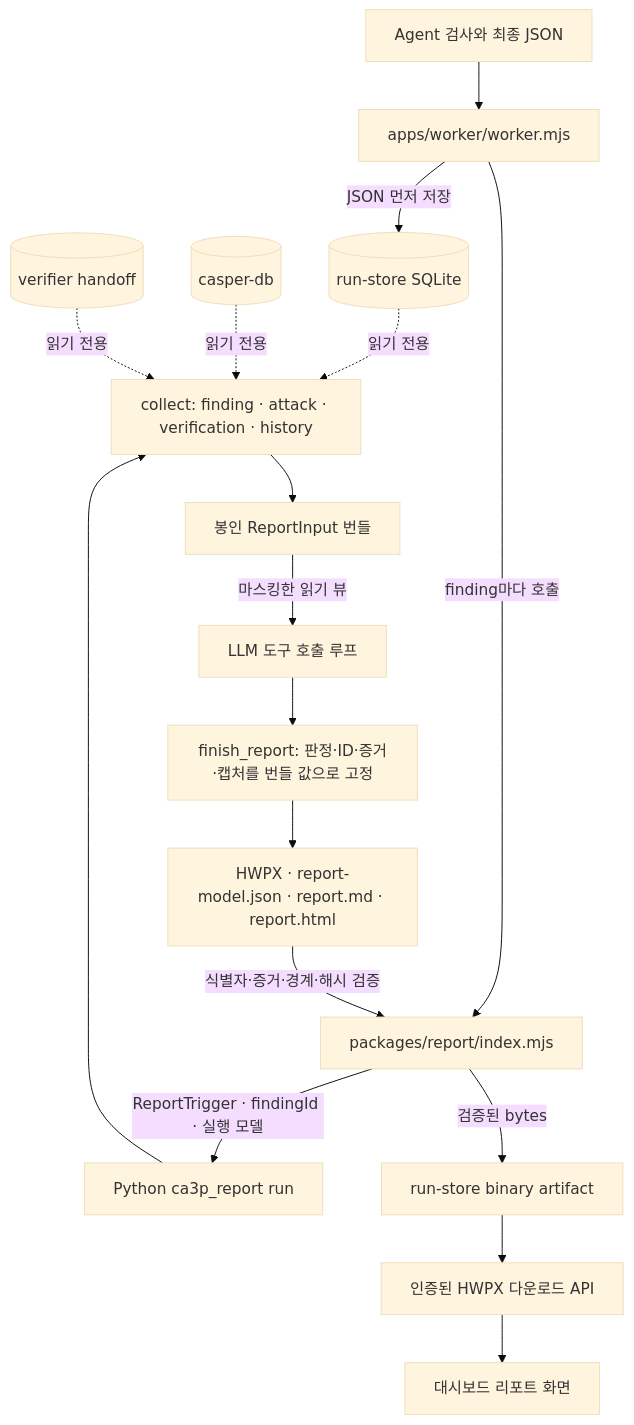
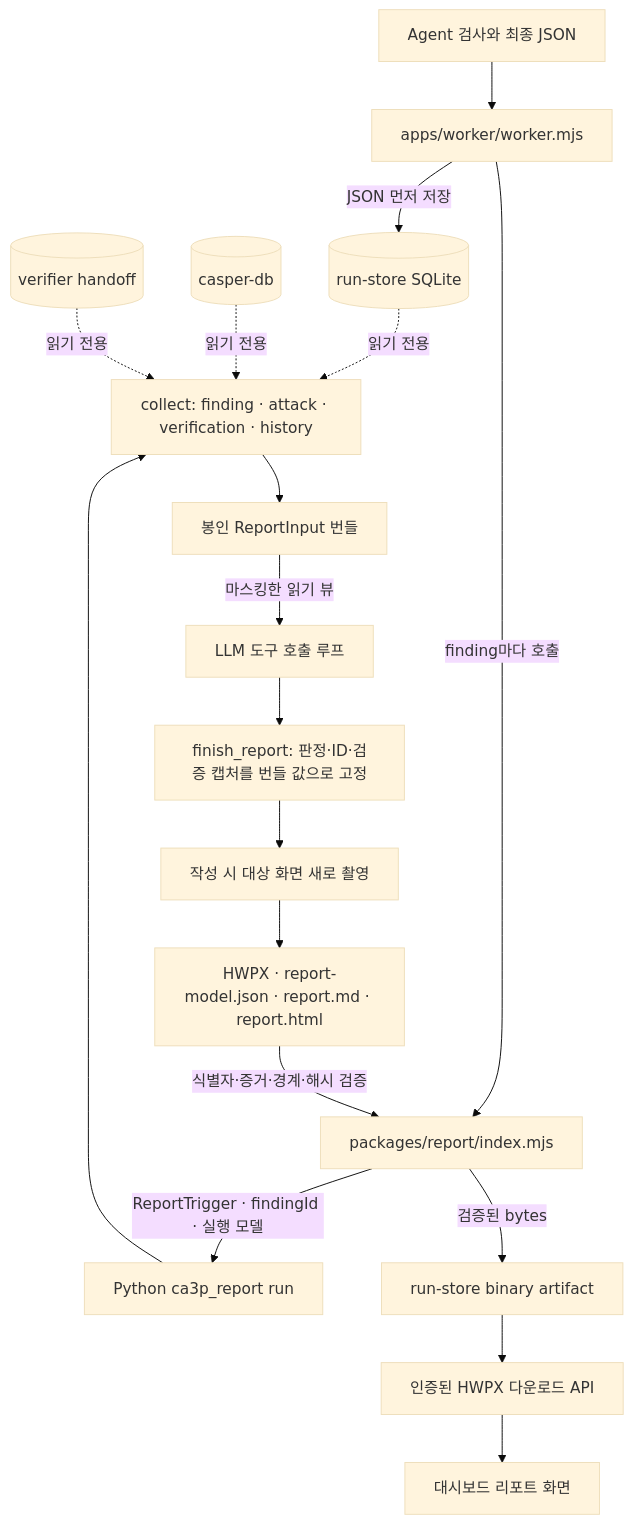
One commit to typemnm/FSL-CA3P changed the diagram in packages/report/ARCHITECTURE.md. Above: the diagram before and after it, drawn with Mermaid (base theme). The commit also changed other lines of this file and 11 other files, not shown here.

Commit message:
fix(report): capture fresh target views and expand DeepSeek output limit

````diff
--- a/packages/report/ARCHITECTURE.md
+++ b/packages/report/ARCHITECTURE.md
@@ -9,18 +9,20 @@
 ```mermaid
 flowchart TB
   CORE[Agent 검사와 최종 JSON] --> WORKER[apps/worker/worker.mjs]
   WORKER -->|JSON 먼저 저장| STORE[(run-store SQLite)]
   WORKER -->|finding마다 호출| RUNNER[packages/report/index.mjs]
   RUNNER -->|ReportTrigger · findingId · 실행 모델| CLI[Python ca3p_report run]
   STORE -. 읽기 전용 .-> COLLECT[collect: finding · attack · verification · history]
   HISTORY[(casper-db)] -. 읽기 전용 .-> COLLECT
   HANDOFF[(verifier handoff)] -. 읽기 전용 .-> COLLECT
   CLI --> COLLECT --> BUNDLE[봉인 ReportInput 번들]
   BUNDLE -->|마스킹한 읽기 뷰| LLM[LLM 도구 호출 루프]
-  LLM --> FINISH[finish_report: 판정·ID·증거·캡처를 번들 값으로 고정]
-  FINISH --> FILES[HWPX · report-model.json · report.md · report.html]
+  LLM --> FINISH[finish_report: 판정·ID·검증 캡처를 번들 값으로 고정]
+  FINISH --> CAPTURE[작성 시 대상 화면 새로 촬영]
+  CAPTURE --> FILES
+  FILES[HWPX · report-model.json · report.md · report.html]
   FILES -->|식별자·증거·경계·해시 검증| RUNNER
   RUNNER -->|검증된 bytes| ARTIFACT[run-store binary artifact]
   ARTIFACT --> API[인증된 HWPX 다운로드 API]
   API --> UI[대시보드 리포트 화면]
 ```
````
